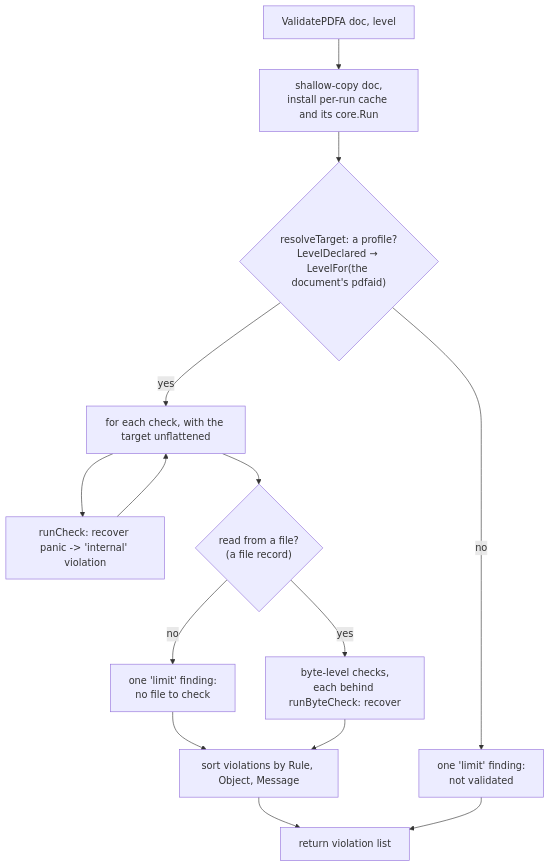
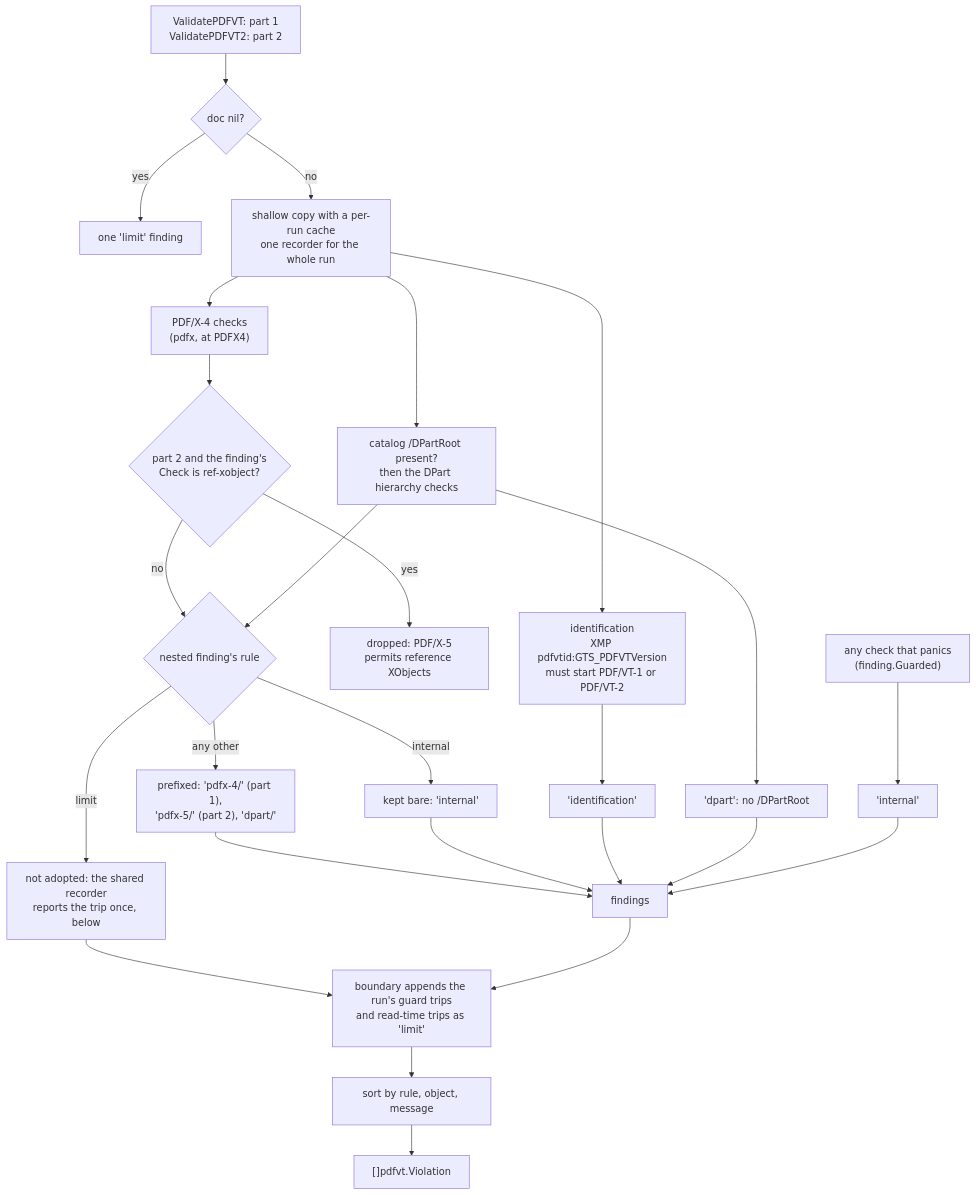
The second of 3 diagrams in docs/validators.md (mgilbir/pdf0), drawn with Mermaid before and after one commit. The commit also changed other lines of this file and 1 other file, not shown here.

First line of the commit message:
docs/validators: the entry-point table first, how to read a result, and the composite validators drawn (docs audit 2026-10-11 D25, D32, D40, D46, D66)

````diff
--- a/docs/validators.md
+++ b/docs/validators.md
@@ -232,16 +234,28 @@
 ```mermaid
 flowchart TD
-    A[ValidatePDFA doc, level] --> B[shallow-copy doc,<br/>install per-run cache and its core.Run]
-    B --> T{"resolveTarget: a profile?<br/>LevelDeclared → LevelFor(the document's pdfaid)"}
-    T -->|no| R["one 'limit' finding:<br/>not validated"]
-    T -->|yes| C[for each check, with the target unflattened]
-    C --> D[runCheck: recover panic -> 'internal' violation]
-    D --> C
-    C --> E{"read from a file?<br/>(a file record)"}
-    E -->|yes| F[byte-level checks,<br/>each behind runByteCheck: recover]
-    E -->|no| N["one 'limit' finding:<br/>no file to check"]
-    N --> G
-    F --> G[sort violations by Rule, Object, Message]
-    G --> I[return violation list]
-    R --> I
+    E["ValidatePDFVT: part 1<br/>ValidatePDFVT2: part 2"] --> N{"doc nil?"}
+    N -->|yes| NL["one 'limit' finding"]
+    N -->|no| RUN["shallow copy with a per-run cache<br/>one recorder for the whole run"]
+    RUN --> X["PDF/X-4 checks<br/>(pdfx, at PDFX4)"]
+    RUN --> ID["identification<br/>XMP pdfvtid:GTS_PDFVTVersion<br/>must start PDF/VT-1 or PDF/VT-2"]
+    RUN --> DP["catalog /DPartRoot present?<br/>then the DPart hierarchy checks"]
+    X --> RX{"part 2 and the finding's<br/>Check is ref-xobject?"}
+    RX -->|yes| DROP["dropped: PDF/X-5<br/>permits reference XObjects"]
+    RX -->|no| SPLIT
+    DP --> SPLIT{"nested finding's rule"}
+    SPLIT -->|limit| SKIP["not adopted: the shared recorder<br/>reports the trip once, below"]
+    SPLIT -->|internal| BARE["kept bare: 'internal'"]
+    SPLIT -->|any other| PRE["prefixed: 'pdfx-4/' (part 1),<br/>'pdfx-5/' (part 2), 'dpart/'"]
+    ID --> IDF["'identification'"]
+    DP --> DPF["'dpart': no /DPartRoot"]
+    G["any check that panics<br/>(finding.Guarded)"] --> GI["'internal'"]
+    PRE --> OUT
+    BARE --> OUT
+    IDF --> OUT
+    DPF --> OUT
+    GI --> OUT
+    SKIP --> T
+    OUT["findings"] --> T["boundary appends the run's guard trips<br/>and read-time trips as 'limit'"]
+    T --> S["sort by rule, object, message"]
+    S --> R["[]pdfvt.Violation"]
 ```
````
